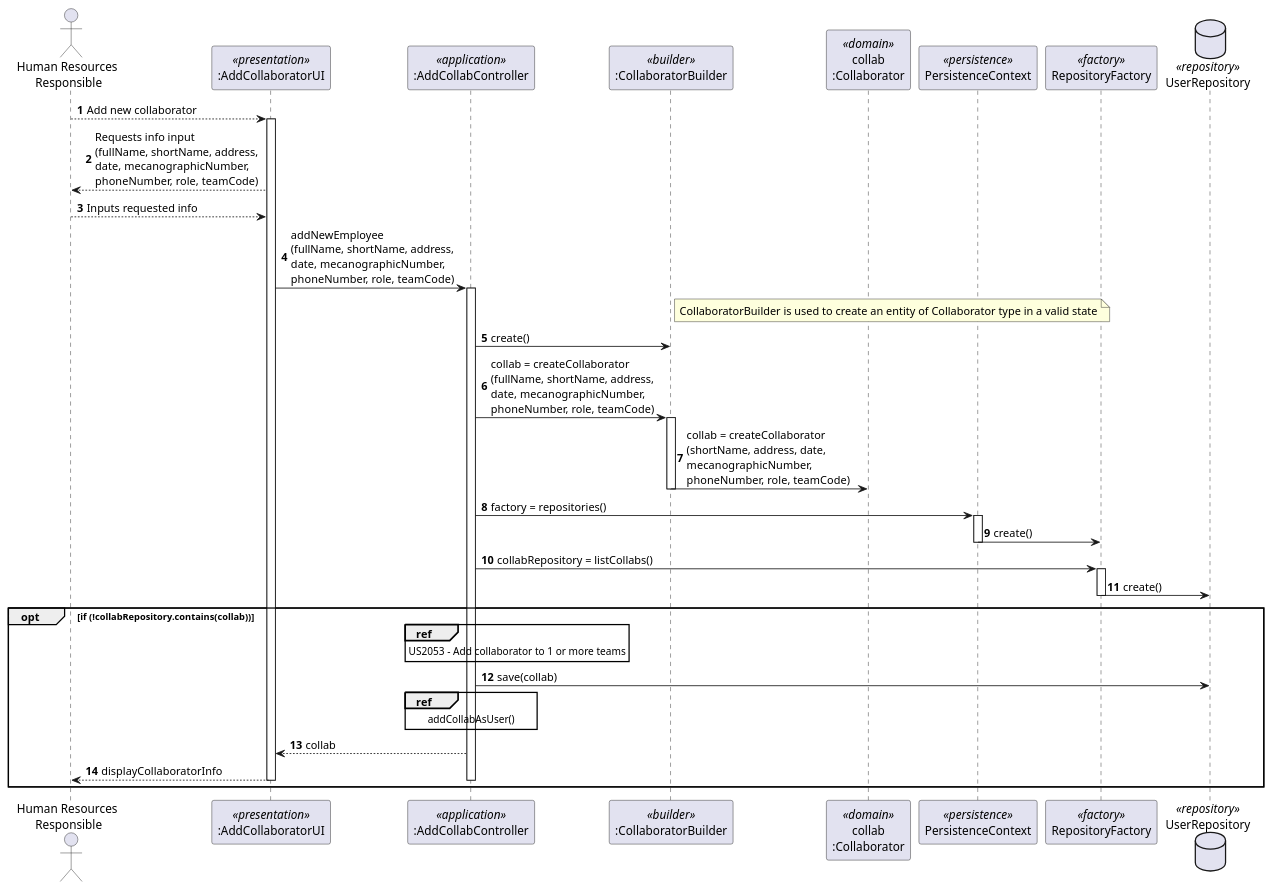
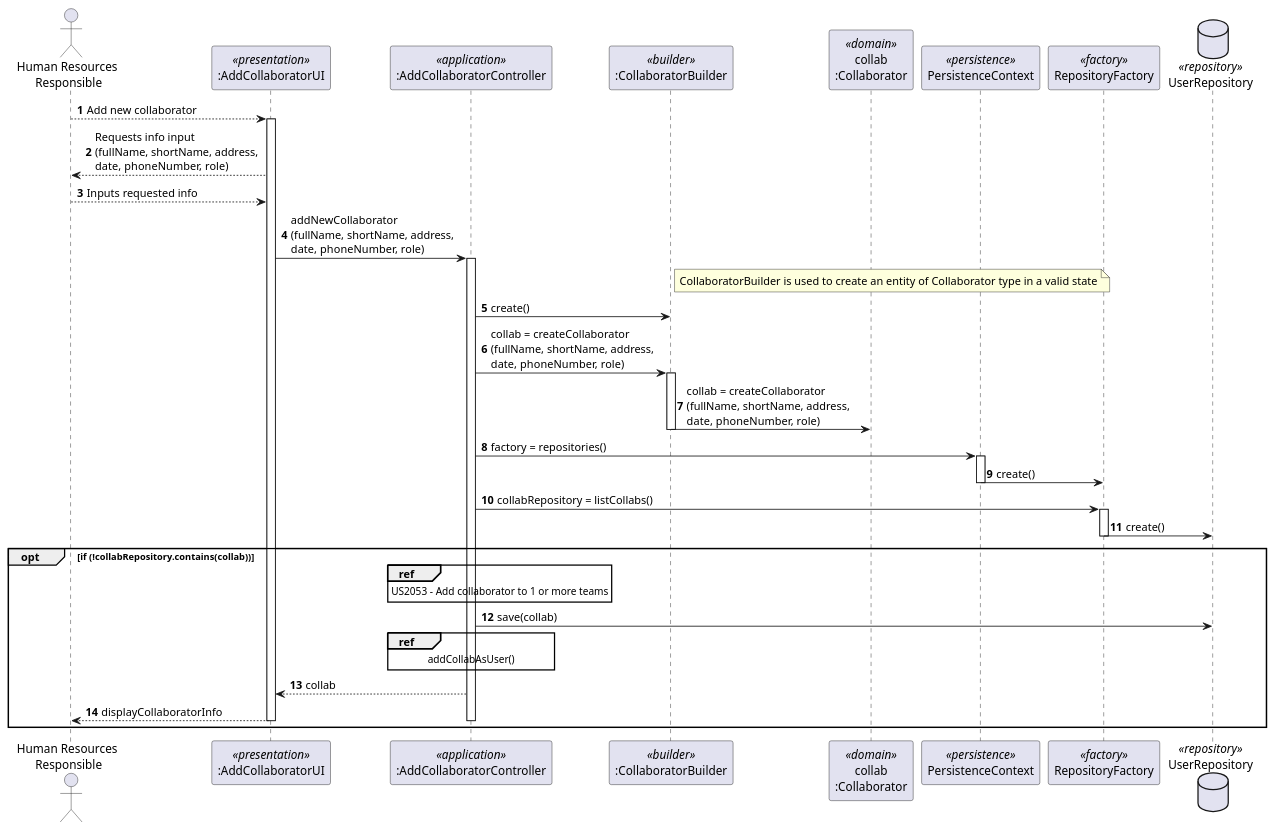
The diagram in docs/1191513/US2051/SD_US2051.puml (Joao-PP-Alves/isep-lapr4), drawn with PlantUML before and after one commit. The commit also changed 5 other files, not shown here.

Commit message:
<S4202121-7> Initial code commit for Add Collaborator

```diff
--- a/docs/1191513/US2051/SD_US2051.puml
+++ b/docs/1191513/US2051/SD_US2051.puml
@@ -1,58 +1,58 @@
 @startuml
 autonumber
 
 actor "Human Resources \nResponsible" as HRR
 participant ":AddCollaboratorUI" as ADDCOLLABUI <<presentation>>
-participant ":AddCollabController" as ADDCOLLABCTRL <<application>>
+participant ":AddCollaboratorController" as ADDCOLLABCTRL <<application>>
 participant ":CollaboratorBuilder" as COLLABBUILDER <<builder>>
 participant "collab\n:Collaborator" as COLLAB <<domain>>
 participant PersistenceContext as Persistence <<persistence>>
 participant RepositoryFactory as Factory <<factory>>
 database UserRepository as Repository <<repository>>
 
 
 HRR --> ADDCOLLABUI : Add new collaborator
 activate ADDCOLLABUI
-ADDCOLLABUI --> HRR : Requests info input \n(fullName, shortName, address, \ndate, mecanographicNumber, \nphoneNumber, role, teamCode)
+ADDCOLLABUI --> HRR : Requests info input \n(fullName, shortName, address, \ndate, phoneNumber, role)
 
 HRR --> ADDCOLLABUI : Inputs requested info
 
-ADDCOLLABUI -> ADDCOLLABCTRL : addNewEmployee\n(fullName, shortName, address, \ndate, mecanographicNumber, \nphoneNumber, role, teamCode)
+ADDCOLLABUI -> ADDCOLLABCTRL : addNewCollaborator\n(fullName, shortName, address, \ndate, phoneNumber, role)
 note right of COLLABBUILDER:CollaboratorBuilder is used to create an entity of Collaborator type in a valid state
 activate ADDCOLLABCTRL
 ADDCOLLABCTRL -> COLLABBUILDER : create()
-ADDCOLLABCTRL -> COLLABBUILDER : collab = createCollaborator\n(fullName, shortName, address, \ndate, mecanographicNumber, \nphoneNumber, role, teamCode)
+ADDCOLLABCTRL -> COLLABBUILDER : collab = createCollaborator\n(fullName, shortName, address, \ndate, phoneNumber, role)
 
 activate COLLABBUILDER
-COLLABBUILDER -> COLLAB : collab = createCollaborator\n(shortName, address, date, \nmecanographicNumber, \nphoneNumber, role, teamCode)
+COLLABBUILDER -> COLLAB : collab = createCollaborator\n(fullName, shortName, address, \ndate, phoneNumber, role)
 deactivate COLLABBUILDER
 
 ADDCOLLABCTRL -> Persistence : factory = repositories()
 activate Persistence
 Persistence -> Factory : create()
 deactivate Persistence
 
 ADDCOLLABCTRL -> Factory : collabRepository = listCollabs()
 activate Factory
 Factory -> Repository : create()
 deactivate Factory
 
 opt if (!collabRepository.contains(collab))
 ref over ADDCOLLABCTRL
 US2053 - Add collaborator to 1 or more teams
 end ref
 ADDCOLLABCTRL -> Repository : save(collab)
 
 ref over ADDCOLLABCTRL
 addCollabAsUser()
 end ref
 
 ADDCOLLABCTRL --> ADDCOLLABUI : collab
 deactivate COLLABBUILDER
 
 ADDCOLLABUI --> HRR : displayCollaboratorInfo
 deactivate ADDCOLLABCTRL
 deactivate ADDCOLLABUI
 end opt
 
 @enduml
```
